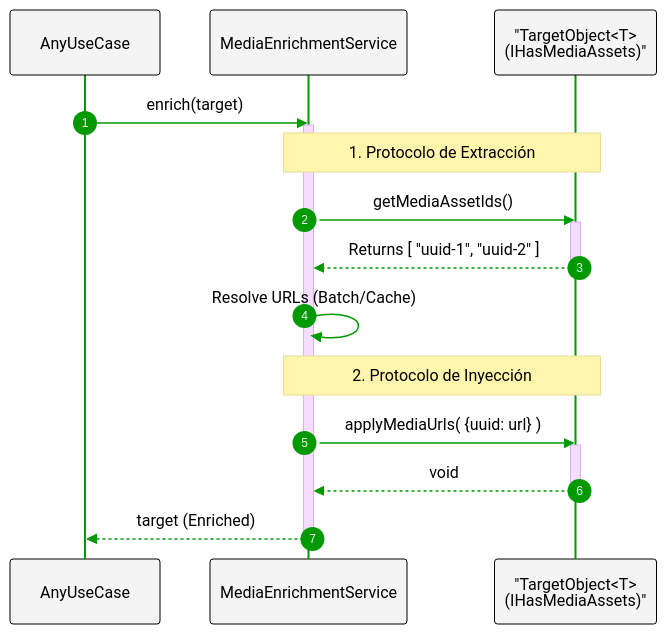
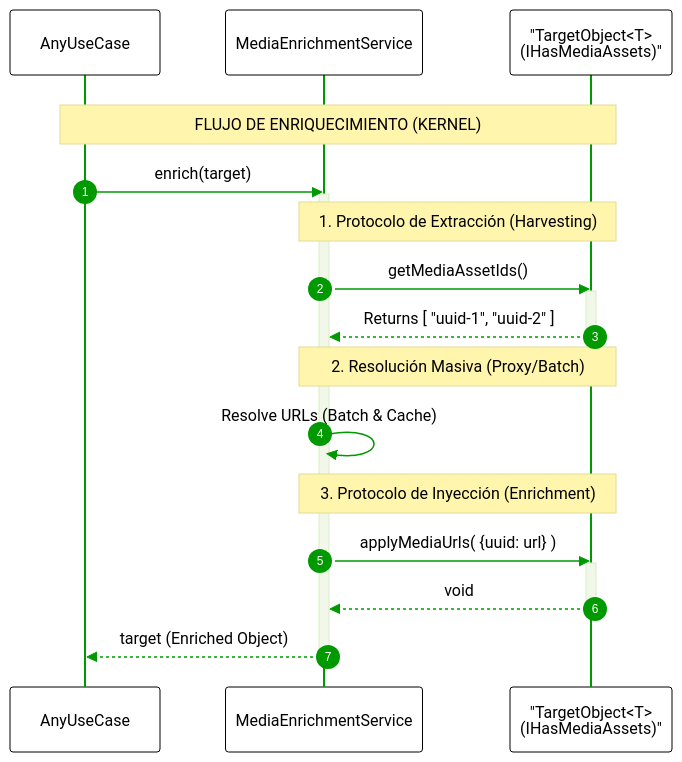
Before and after one commit to Franku03/quizzy-backend: the third of 4 diagrams in README.md, drawn with Mermaid.

Commit message:
Modify theme colors and enhance sequence diagram
Updated theme colors and diagram annotations in README.

````diff
--- a/README.md
+++ b/README.md
@@ -554,50 +554,52 @@
 ```mermaid
 %%{init: {
   'theme': 'base',
   'themeVariables': {
-    'background': '#f4f4f5',
-    'mainBkg': '#f4f4f5',
+    'background': '#ffffff',
+    'mainBkg': '#ffffff',
+    'primaryColor': '#e1f5fe',
+    'secondaryColor': '#f1f8e9',
     'signalColor': '#009900',
     'signalTextColor': '#000000',
     'actorTextColor': '#000000',
     'noteTextColor': '#000000',
     'actorLineColor': '#009900',
     'labelBoxBorderColor': '#000000',
     'actorBorder': '#000000',
     'fontSize': '16px',
-    'fontFamily': 'Arial'
+    'fontFamily': 'Segoe UI'
   }
 } }%%
 
 sequenceDiagram
     autonumber
     
     participant UC as AnyUseCase
     participant Facade as MediaEnrichmentService
     participant Entity as "TargetObject<T><br>(IHasMediaAssets)"
 
-    %% INICIO
-    UC->>Facade: enrich(target)
-    activate Facade
+    rect rgb(255, 255, 255)
+        Note over UC, Entity: FLUJO DE ENRIQUECIMIENTO (KERNEL)
+        
+        UC->>Facade: enrich(target)
+        activate Facade
 
-    %% 1. EXTRAER
-    Note over Facade, Entity: 1. Protocolo de Extracción
-    Facade->>Entity: getMediaAssetIds()
-    activate Entity
-    Entity-->>Facade: Returns [ "uuid-1", "uuid-2" ]
-    deactivate Entity
+        Note over Facade, Entity: 1. Protocolo de Extracción (Harvesting)
+        Facade->>Entity: getMediaAssetIds()
+        activate Entity
+        Entity-->>Facade: Returns [ "uuid-1", "uuid-2" ]
+        deactivate Entity
 
-    %% 2. RESOLVER (Interno)
-    Facade->>Facade: Resolve URLs (Batch/Cache)
+        Note over Facade, Entity: 2. Resolución Masiva (Proxy/Batch)
+        Facade->>Facade: Resolve URLs (Batch & Cache)
 
-    %% 3. INYECTAR
-    Note over Facade, Entity: 2. Protocolo de Inyección
-    Facade->>Entity: applyMediaUrls( {uuid: url} )
-    activate Entity
-    Entity-->>Facade: void
-    deactivate Entity
+        Note over Facade, Entity: 3. Protocolo de Inyección (Enrichment)
+        Facade->>Entity: applyMediaUrls( {uuid: url} )
+        activate Entity
+        Entity-->>Facade: void
+        deactivate Entity
 
-    %% FIN
-    Facade-->>UC: target (Enriched)
-    deactivate Facade
+        Facade-->>UC: target (Enriched Object)
+        deactivate Facade 
+    end
 ```
````
